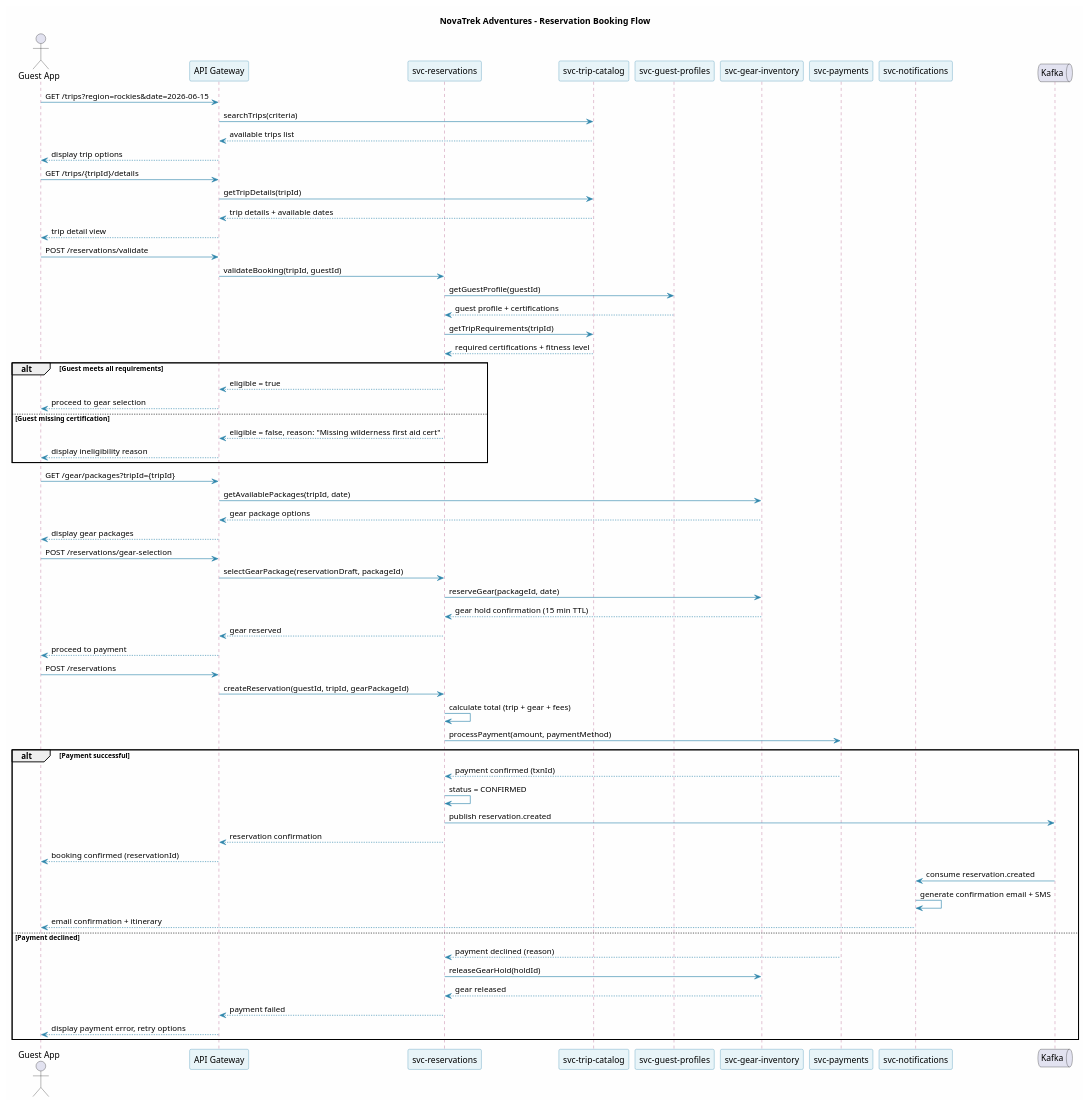
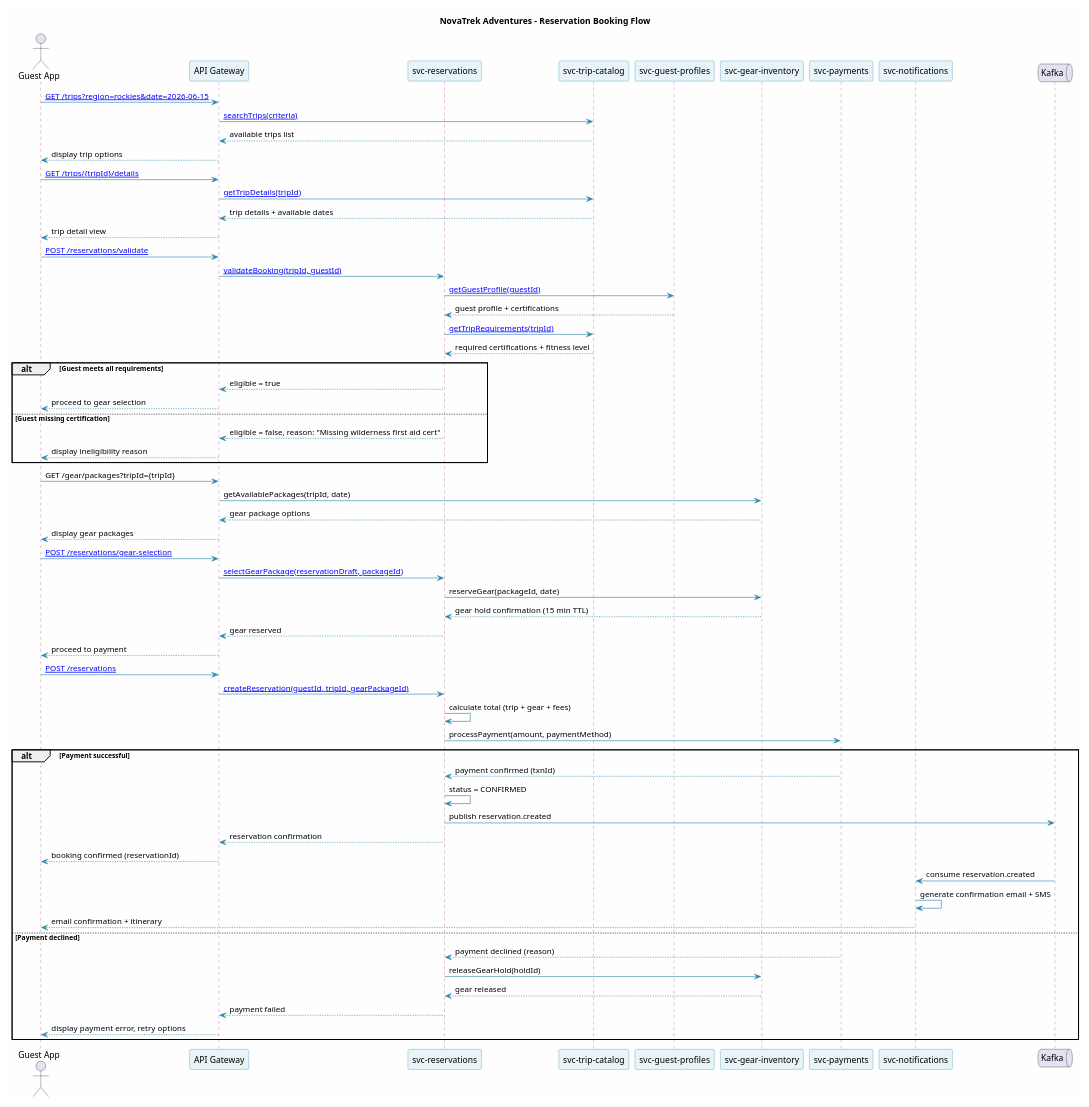
Before and after one commit to christopherblaisdell/continuous-architecture-platform-poc: the diagram in site/phase-1-ai-tool-cost-comparison/workspace/corporate-services/diagrams/Sequence/reservation-booking-flow.puml, drawn with PlantUML. The commit also changed 274 other files, not shown here.

Commit message:
make sure diagrams link to each other

```diff
--- a/site/phase-1-ai-tool-cost-comparison/workspace/corporate-services/diagrams/Sequence/reservation-booking-flow.puml
+++ b/site/phase-1-ai-tool-cost-comparison/workspace/corporate-services/diagrams/Sequence/reservation-booking-flow.puml
@@ -1,104 +1,104 @@
 @startuml reservation-booking-flow
 ' NovaTrek Adventures - Reservation Booking Flow
 ' Full guest booking sequence from search to confirmation
 
 title NovaTrek Adventures - Reservation Booking Flow
 
 skinparam backgroundColor #FEFEFE
 skinparam shadowing false
 skinparam defaultFontName "Segoe UI"
 skinparam sequence {
     ArrowColor #2E86AB
     ParticipantBorderColor #2E86AB
     ParticipantBackgroundColor #E8F4F8
     LifeLineBorderColor #A23B72
     BoxBorderColor #F18F01
     BoxBackgroundColor #FFF8F0
 }
 
 ' ============================================================
 ' Participants
 ' ============================================================
 actor "Guest App" as guest
 participant "API Gateway" as gateway
-participant "svc-reservations" as reservations
-participant "svc-trip-catalog" as catalog
-participant "svc-guest-profiles" as profiles
+participant "svc-reservations" as reservations [[/services/svc-reservations/]]
+participant "svc-trip-catalog" as catalog [[/services/svc-trip-catalog/]]
+participant "svc-guest-profiles" as profiles [[/services/svc-guest-profiles/]]
 participant "svc-gear-inventory" as gear
 participant "svc-payments" as payments
 participant "svc-notifications" as notifications
 queue "Kafka" as kafka
 
 ' ============================================================
 ' Trip Search and Selection
 ' ============================================================
-guest -> gateway : GET /trips?region=rockies&date=2026-06-15
-gateway -> catalog : searchTrips(criteria)
+guest -> gateway : [[/services/svc-trip-catalog/ GET /trips?region=rockies&date=2026-06-15]]
+gateway -> catalog : [[/services/svc-trip-catalog/ searchTrips(criteria)]]
 catalog --> gateway : available trips list
 gateway --> guest : display trip options
 
-guest -> gateway : GET /trips/{tripId}/details
-gateway -> catalog : getTripDetails(tripId)
+guest -> gateway : [[/services/svc-trip-catalog/ GET /trips/{tripId}/details]]
+gateway -> catalog : [[/services/svc-trip-catalog/ getTripDetails(tripId)]]
 catalog --> gateway : trip details + available dates
 gateway --> guest : trip detail view
 
 ' ============================================================
 ' Guest Eligibility Validation
 ' ============================================================
-guest -> gateway : POST /reservations/validate
-gateway -> reservations : validateBooking(tripId, guestId)
-reservations -> profiles : getGuestProfile(guestId)
+guest -> gateway : [[/services/svc-reservations/ POST /reservations/validate]]
+gateway -> reservations : [[/services/svc-reservations/ validateBooking(tripId, guestId)]]
+reservations -> profiles : [[/services/svc-guest-profiles/ getGuestProfile(guestId)]]
 profiles --> reservations : guest profile + certifications
-reservations -> catalog : getTripRequirements(tripId)
+reservations -> catalog : [[/services/svc-trip-catalog/ getTripRequirements(tripId)]]
 catalog --> reservations : required certifications + fitness level
 
 alt Guest meets all requirements
     reservations --> gateway : eligible = true
     gateway --> guest : proceed to gear selection
 else Guest missing certification
     reservations --> gateway : eligible = false, reason: "Missing wilderness first aid cert"
     gateway --> guest : display ineligibility reason
 end
 
 ' ============================================================
 ' Gear Package Selection
 ' ============================================================
 guest -> gateway : GET /gear/packages?tripId={tripId}
 gateway -> gear : getAvailablePackages(tripId, date)
 gear --> gateway : gear package options
 gateway --> guest : display gear packages
 
-guest -> gateway : POST /reservations/gear-selection
-gateway -> reservations : selectGearPackage(reservationDraft, packageId)
+guest -> gateway : [[/services/svc-reservations/ POST /reservations/gear-selection]]
+gateway -> reservations : [[/services/svc-reservations/ selectGearPackage(reservationDraft, packageId)]]
 reservations -> gear : reserveGear(packageId, date)
 gear --> reservations : gear hold confirmation (15 min TTL)
 reservations --> gateway : gear reserved
 gateway --> guest : proceed to payment
 
 ' ============================================================
 ' Reservation Creation and Payment
 ' ============================================================
-guest -> gateway : POST /reservations
-gateway -> reservations : createReservation(guestId, tripId, gearPackageId)
+guest -> gateway : [[/services/svc-reservations/ POST /reservations]]
+gateway -> reservations : [[/services/svc-reservations/ createReservation(guestId, tripId, gearPackageId)]]
 reservations -> reservations : calculate total (trip + gear + fees)
 reservations -> payments : processPayment(amount, paymentMethod)
 
 alt Payment successful
     payments --> reservations : payment confirmed (txnId)
     reservations -> reservations : status = CONFIRMED
     reservations -> kafka : publish reservation.created
     reservations --> gateway : reservation confirmation
     gateway --> guest : booking confirmed (reservationId)
 
     kafka -> notifications : consume reservation.created
     notifications -> notifications : generate confirmation email + SMS
     notifications --> guest : email confirmation + itinerary
 else Payment declined
     payments --> reservations : payment declined (reason)
     reservations -> gear : releaseGearHold(holdId)
     gear --> reservations : gear released
     reservations --> gateway : payment failed
     gateway --> guest : display payment error, retry options
 end
 
 @enduml
```
